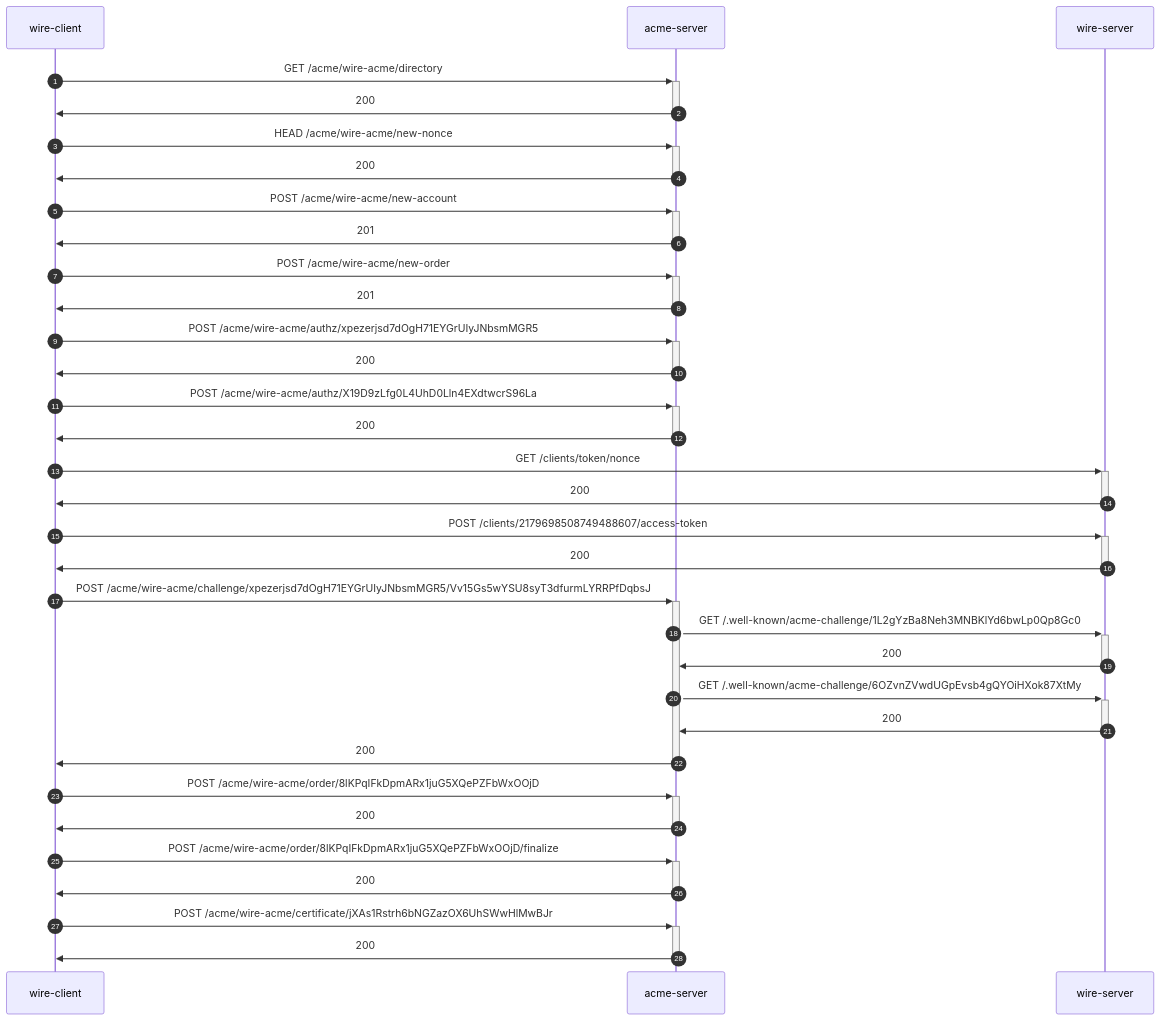
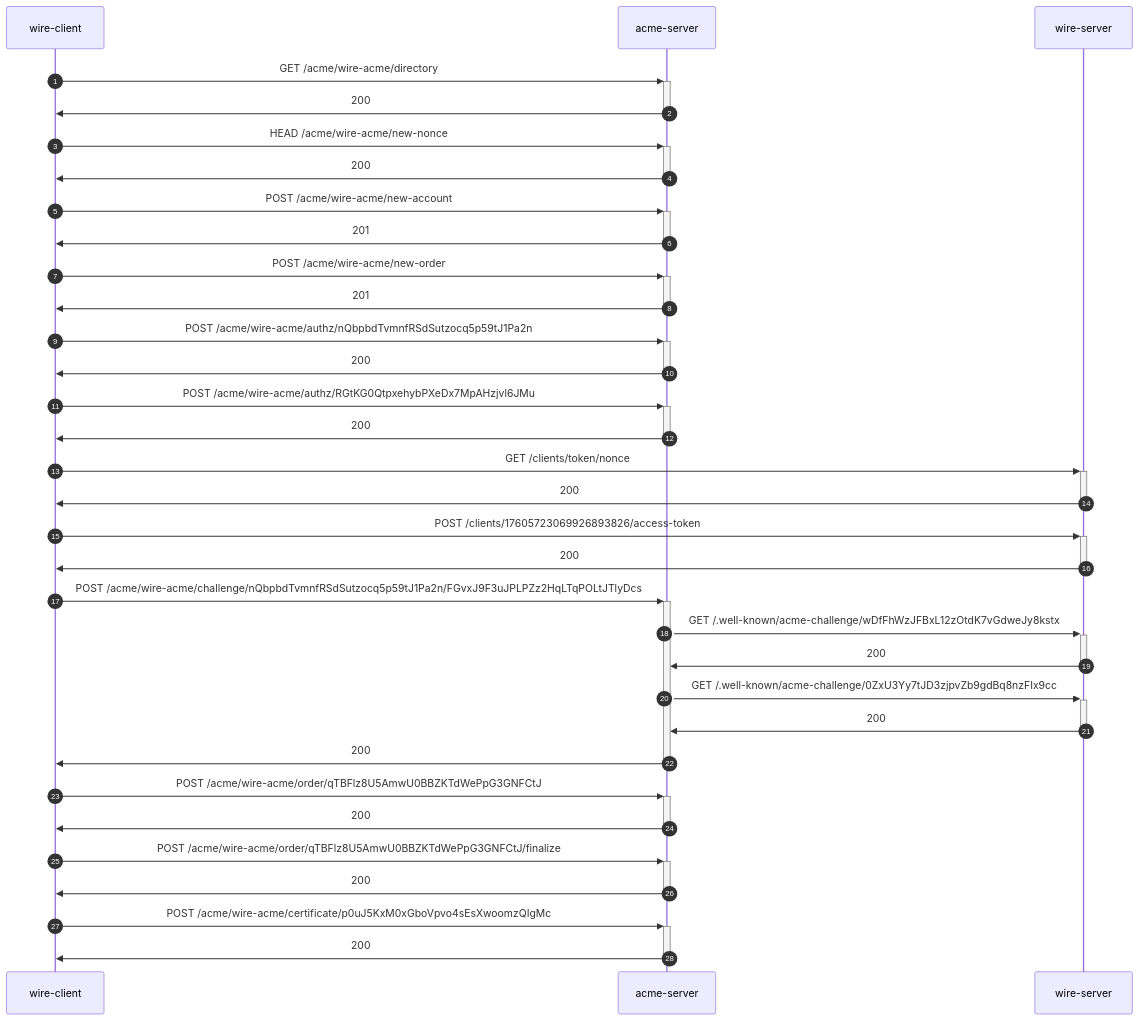
Before and after one commit to wireapp/rusty-jwt-tools: the third of 3 diagrams in e2e-identity/README.md, drawn with Mermaid. The commit also changed other lines of this file and 13 other files, not shown here.

````diff
--- a/e2e-identity/README.md
+++ b/e2e-identity/README.md
@@ -974,32 +974,32 @@
 ```mermaid
 sequenceDiagram
     autonumber
     wire-client->>+acme-server: GET /acme/wire-acme/directory
     acme-server->>-wire-client: 200
     wire-client->>+acme-server: HEAD /acme/wire-acme/new-nonce
     acme-server->>-wire-client: 200
     wire-client->>+acme-server: POST /acme/wire-acme/new-account
     acme-server->>-wire-client: 201
     wire-client->>+acme-server: POST /acme/wire-acme/new-order
     acme-server->>-wire-client: 201
-    wire-client->>+acme-server: POST /acme/wire-acme/authz/xpezerjsd7dOgH71EYGrUIyJNbsmMGR5
+    wire-client->>+acme-server: POST /acme/wire-acme/authz/nQbpbdTvmnfRSdSutzocq5p59tJ1Pa2n
     acme-server->>-wire-client: 200
-    wire-client->>+acme-server: POST /acme/wire-acme/authz/X19D9zLfg0L4UhD0Lln4EXdtwcrS96La
+    wire-client->>+acme-server: POST /acme/wire-acme/authz/RGtKG0QtpxehybPXeDx7MpAHzjvl6JMu
     acme-server->>-wire-client: 200
     wire-client->>+wire-server: GET /clients/token/nonce
     wire-server->>-wire-client: 200
-    wire-client->>+wire-server: POST /clients/2179698508749488607/access-token
+    wire-client->>+wire-server: POST /clients/17605723069926893826/access-token
     wire-server->>-wire-client: 200
-    wire-client->>+acme-server: POST /acme/wire-acme/challenge/xpezerjsd7dOgH71EYGrUIyJNbsmMGR5/Vv15Gs5wYSU8syT3dfurmLYRRPfDqbsJ
-    acme-server->>+wire-server: GET /.well-known/acme-challenge/1L2gYzBa8Neh3MNBKlYd6bwLp0Qp8Gc0
+    wire-client->>+acme-server: POST /acme/wire-acme/challenge/nQbpbdTvmnfRSdSutzocq5p59tJ1Pa2n/FGvxJ9F3uJPLPZz2HqLTqPOLtJTlyDcs
+    acme-server->>+wire-server: GET /.well-known/acme-challenge/wDfFhWzJFBxL12zOtdK7vGdweJy8kstx
     wire-server->>-acme-server: 200
-    acme-server->>+wire-server: GET /.well-known/acme-challenge/6OZvnZVwdUGpEvsb4gQYOiHXok87XtMy
+    acme-server->>+wire-server: GET /.well-known/acme-challenge/0ZxU3Yy7tJD3zjpvZb9gdBq8nzFIx9cc
     wire-server->>-acme-server: 200
     acme-server->>-wire-client: 200
-    wire-client->>+acme-server: POST /acme/wire-acme/order/8lKPqIFkDpmARx1juG5XQePZFbWxOOjD
+    wire-client->>+acme-server: POST /acme/wire-acme/order/qTBFlz8U5AmwU0BBZKTdWePpG3GNFCtJ
     acme-server->>-wire-client: 200
-    wire-client->>+acme-server: POST /acme/wire-acme/order/8lKPqIFkDpmARx1juG5XQePZFbWxOOjD/finalize
+    wire-client->>+acme-server: POST /acme/wire-acme/order/qTBFlz8U5AmwU0BBZKTdWePpG3GNFCtJ/finalize
     acme-server->>-wire-client: 200
-    wire-client->>+acme-server: POST /acme/wire-acme/certificate/jXAs1Rstrh6bNGZazOX6UhSWwHlMwBJr
+    wire-client->>+acme-server: POST /acme/wire-acme/certificate/p0uJ5KxM0xGboVpvo4sEsXwoomzQIgMc
     acme-server->>-wire-client: 200
 ```
````
